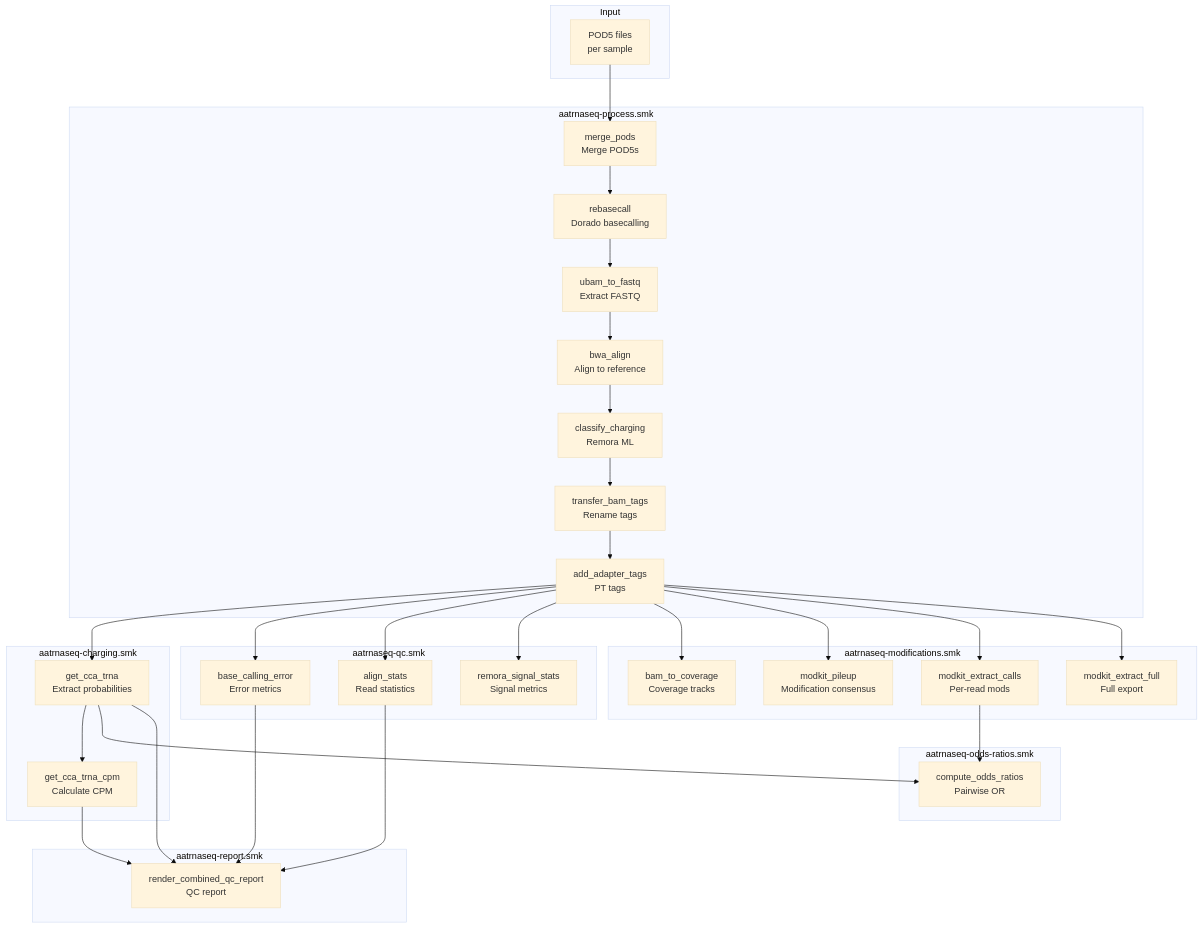
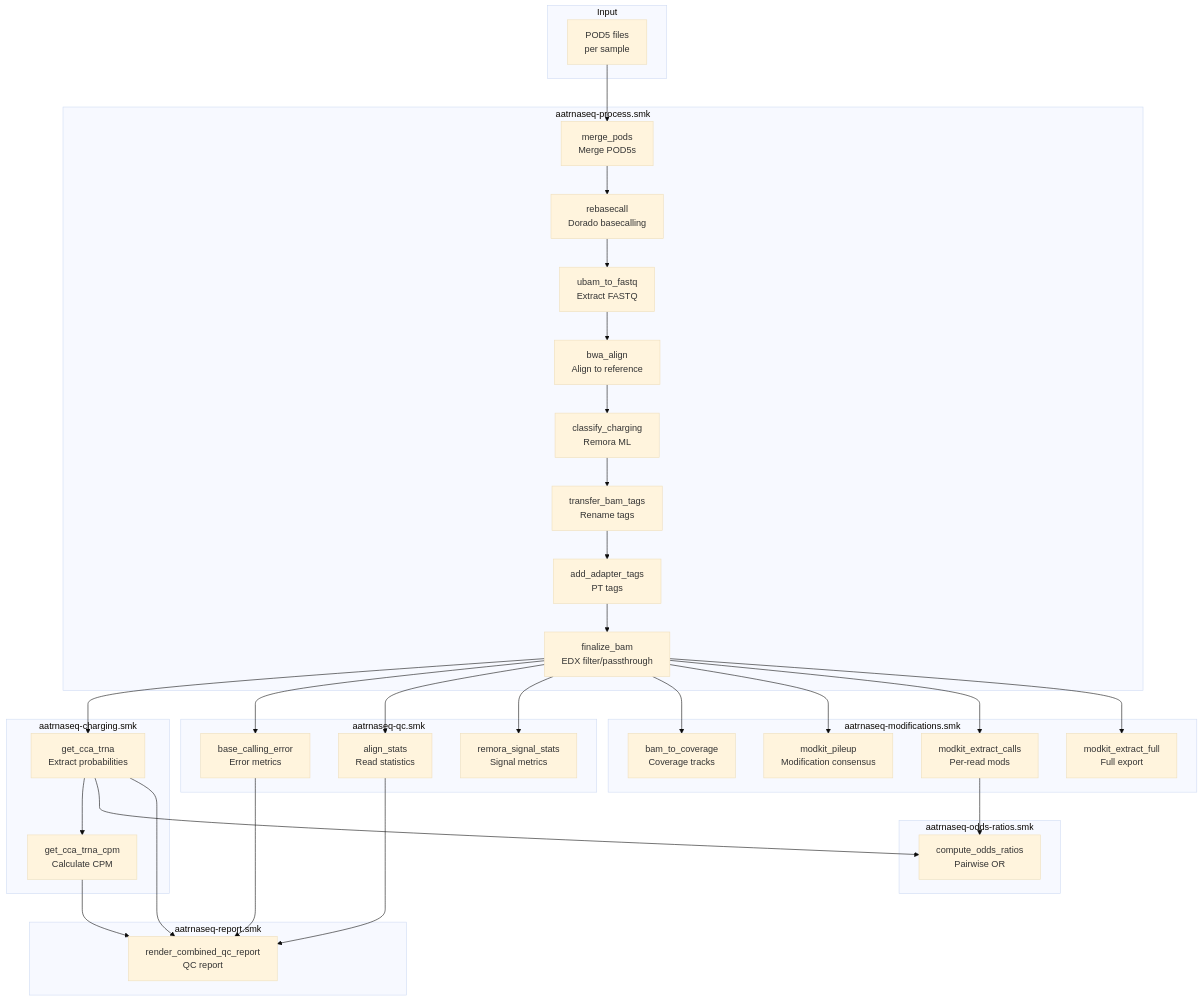
One commit to rnabioco/aa-tRNA-seq-pipeline changed the second of 3 diagrams in docs/workflow/overview.md. Above: the diagram before and after it, drawn with Mermaid (base theme). The commit also changed other lines of this file and 10 other files, not shown here.

First line of the commit message:
feat: implement EDX (3' adapter) demultiplexing via finalize_bam rule

````diff
--- a/docs/workflow/overview.md
+++ b/docs/workflow/overview.md
@@ -35,59 +35,60 @@
 ```mermaid
 flowchart TB
     subgraph Input
         A[POD5 files<br/>per sample]
     end
 
     subgraph Processing[aatrnaseq-process.smk]
         B[merge_pods<br/>Merge POD5s]
         C[rebasecall<br/>Dorado basecalling]
         D[ubam_to_fastq<br/>Extract FASTQ]
         E[bwa_align<br/>Align to reference]
         F[classify_charging<br/>Remora ML]
         G[transfer_bam_tags<br/>Rename tags]
         G2[add_adapter_tags<br/>PT tags]
+        G3[finalize_bam<br/>EDX filter/passthrough]
     end
 
     subgraph Charging[aatrnaseq-charging.smk]
         H[get_cca_trna<br/>Extract probabilities]
         I[get_cca_trna_cpm<br/>Calculate CPM]
     end
 
     subgraph QC[aatrnaseq-qc.smk]
         J[base_calling_error<br/>Error metrics]
         K[align_stats<br/>Read statistics]
         L[remora_signal_stats<br/>Signal metrics]
     end
 
     subgraph Mods[aatrnaseq-modifications.smk]
         M[bam_to_coverage<br/>Coverage tracks]
         N[modkit_pileup<br/>Modification consensus]
         O[modkit_extract_calls<br/>Per-read mods]
         P[modkit_extract_full<br/>Full export]
     end
 
     subgraph OddsRatios[aatrnaseq-odds-ratios.smk]
         Q[compute_odds_ratios<br/>Pairwise OR]
     end
 
     subgraph Report[aatrnaseq-report.smk]
         R[render_combined_qc_report<br/>QC report]
     end
 
-    A --> B --> C --> D --> E --> F --> G --> G2
+    A --> B --> C --> D --> E --> F --> G --> G2 --> G3
 
-    G2 --> H --> I
-    G2 --> J
-    G2 --> K
-    G2 --> L
-    G2 --> M
-    G2 --> N
-    G2 --> O
-    G2 --> P
+    G3 --> H --> I
+    G3 --> J
+    G3 --> K
+    G3 --> L
+    G3 --> M
+    G3 --> N
+    G3 --> O
+    G3 --> P
     O --> Q
     H --> Q
     J --> R
     H --> R
     I --> R
     K --> R
 ```
````
